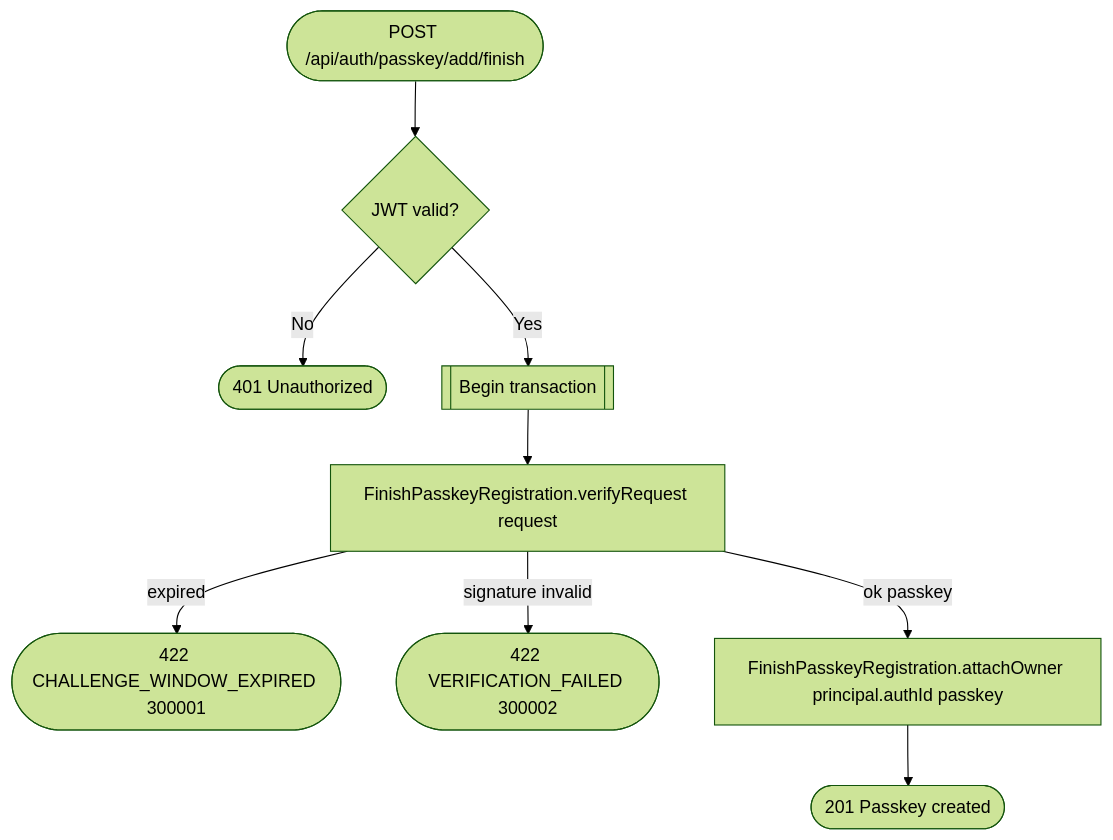
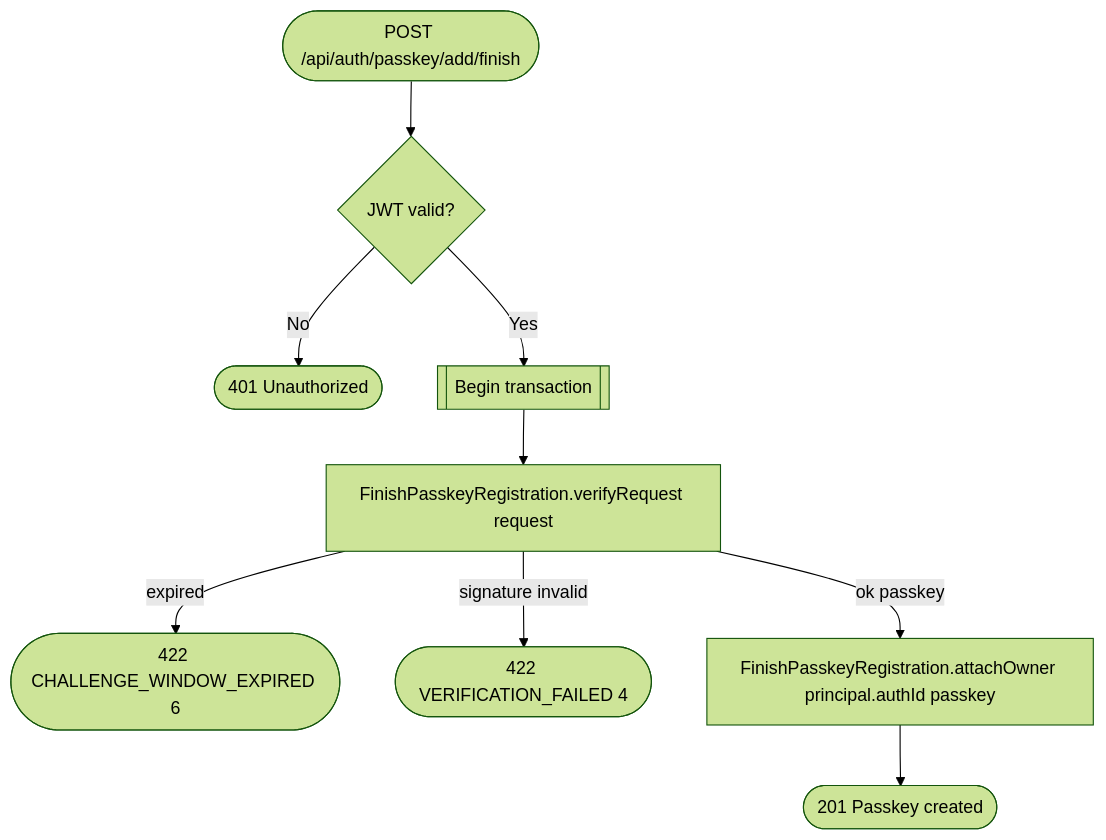
Before and after one commit to nocturneproperties/bookkme: the diagram in docs/operations/authorization/add-passkey.md, drawn with Mermaid (forest theme). The commit also changed 97 other files, not shown here.

````diff
--- a/docs/operations/authorization/add-passkey.md
+++ b/docs/operations/authorization/add-passkey.md
@@ -9,11 +9,11 @@
 ```mermaid
 flowchart TD
     Start([POST /api/auth/passkey/add/finish]) --> Auth{JWT valid?}
     Auth -- No --> R401([401 Unauthorized])
     Auth -- Yes --> Tx[[Begin transaction]]
     Tx --> Verify[FinishPasskeyRegistration.verifyRequest request]
-    Verify -- expired --> R422a([422 CHALLENGE_WINDOW_EXPIRED 300001])
-    Verify -- signature invalid --> R422b([422 VERIFICATION_FAILED 300002])
+    Verify -- expired --> R422a([422 CHALLENGE_WINDOW_EXPIRED 6])
+    Verify -- signature invalid --> R422b([422 VERIFICATION_FAILED 4])
     Verify -- ok passkey --> Attach[FinishPasskeyRegistration.attachOwner principal.authId passkey]
     Attach --> R201([201 Passkey created])
 ```
````
